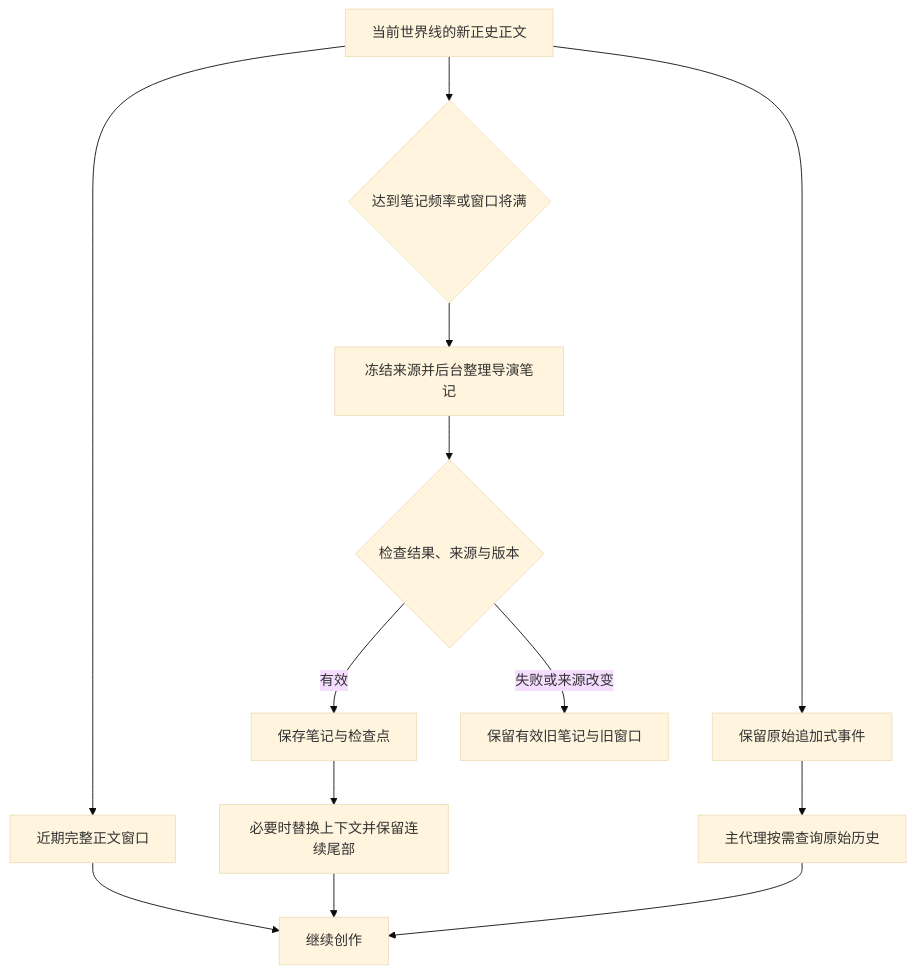
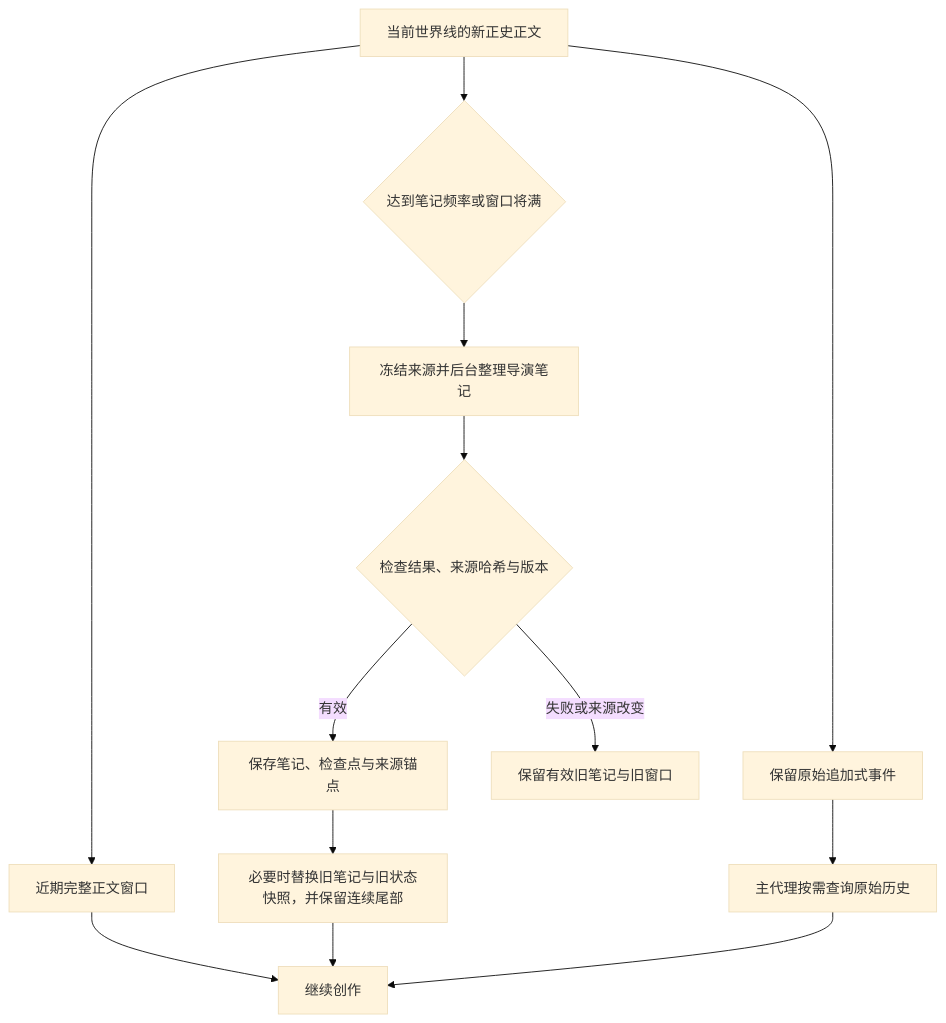
Before and after one commit to a86582751/dsh-nexttavern: the first of 2 diagrams in ARCHITECTURE.md, drawn with Mermaid (base theme). The commit also changed other lines of this file and 447 other files, not shown here.

````diff
--- a/ARCHITECTURE.md
+++ b/ARCHITECTURE.md
@@ -31,15 +42,15 @@
 ```mermaid
 flowchart TD
     Story[当前世界线的新正史正文] --> Window[近期完整正文窗口]
     Story --> Source[保留原始追加式事件]
     Story --> Due{达到笔记频率或窗口将满}
     Due --> Notes[冻结来源并后台整理导演笔记]
-    Notes --> Check{检查结果、来源与版本}
-    Check -->|有效| Saved[保存笔记与检查点]
+    Notes --> Check{检查结果、来源哈希与版本}
+    Check -->|有效| Saved[保存笔记、检查点与来源锚点]
     Check -->|失败或来源改变| Keep[保留有效旧笔记与旧窗口]
-    Saved --> Roll[必要时替换上下文并保留连续尾部]
+    Saved --> Evict[必要时替换旧笔记与旧状态快照，并保留连续尾部]
     Source --> History[主代理按需查询原始历史]
     Window --> Writer[继续创作]
-    Roll --> Writer
+    Evict --> Writer
     History --> Writer
 ```
````
